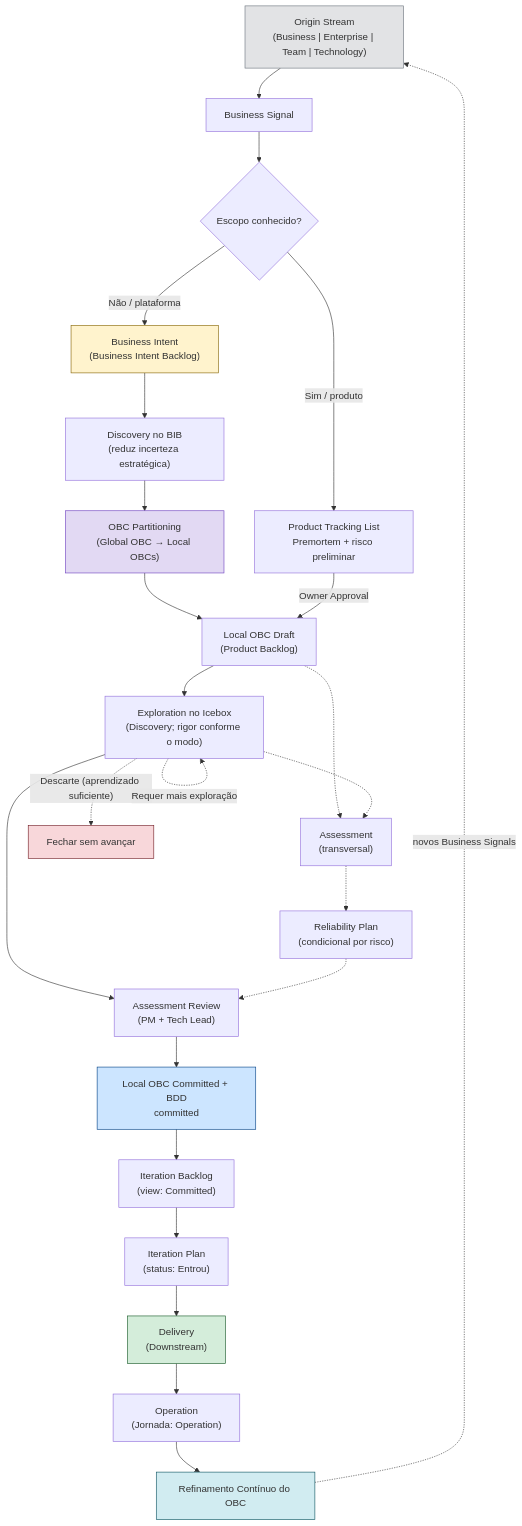
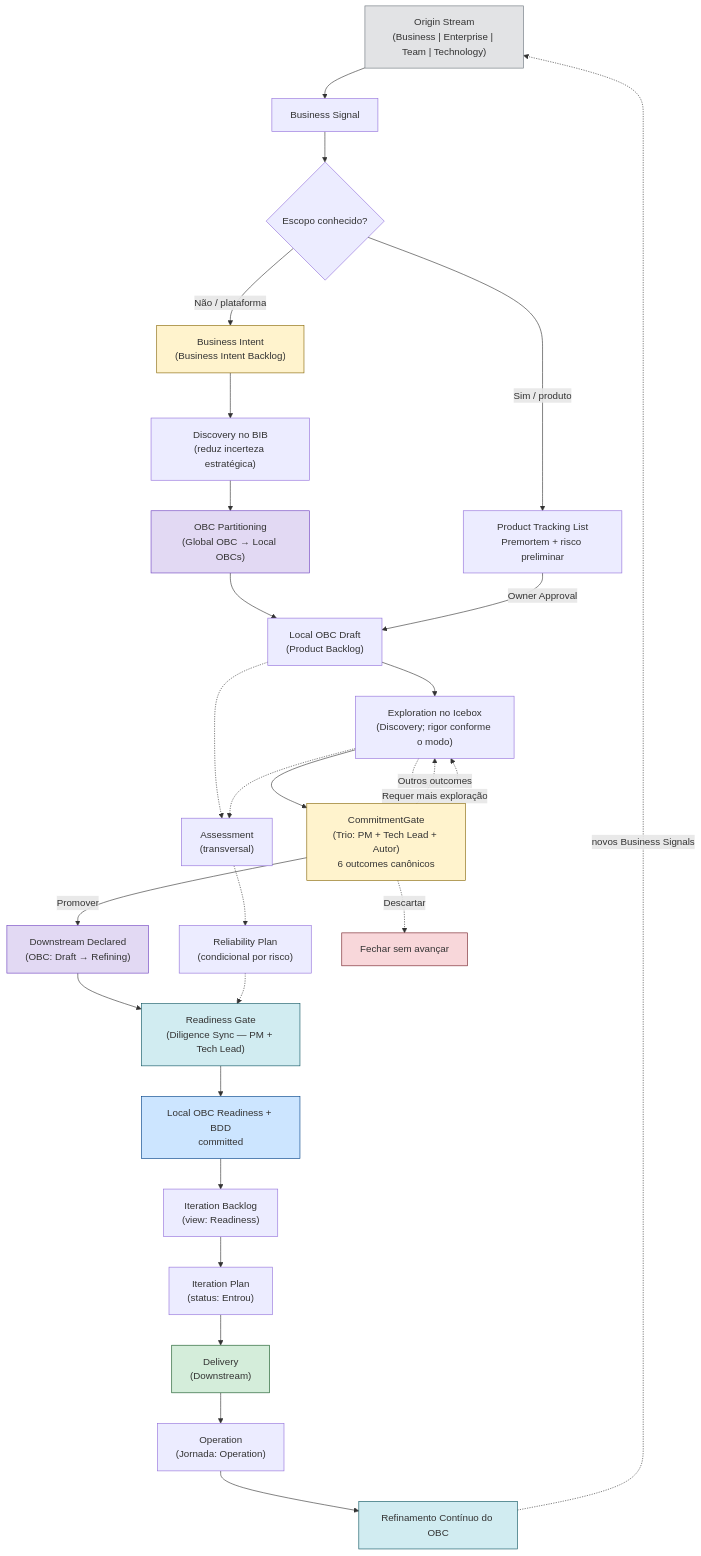
The diagram in prodops/framework/flow.md (produtoreativo/spire), drawn with Mermaid before and after one commit. The commit also changed other lines of this file and 562 other files, not shown here.

````diff
--- a/prodops/framework/flow.md
+++ b/prodops/framework/flow.md
@@ -19,53 +19,62 @@
 ```mermaid
 flowchart TD
     OS["Origin Stream\n(Business | Enterprise | Team | Technology)"]
     I["Business Signal"]
     CHOICE{"Escopo conhecido?"}
     RTL["Product Tracking List\nPremortem + risco preliminar"]
     GBIB["Business Intent\n(Business Intent Backlog)"]
     EX1["Discovery no BIB\n(reduz incerteza estratégica)"]
     PART["OBC Partitioning\n(Global OBC → Local OBCs)"]
     LPIB["Local OBC Draft\n(Product Backlog)"]
     EX2["Exploration no Icebox\n(Discovery; rigor conforme o modo)"]
     AS["Assessment\n(transversal)"]
     RP["Reliability Plan\n(condicional por risco)"]
-    REV["Assessment Review\n(PM + Tech Lead)"]
-    OBC["Local OBC Committed + BDD\ncommitted"]
+    CG["CommitmentGate\n(Trio: PM + Tech Lead + Autor)\n6 outcomes canônicos"]
+    DD["Downstream Declared\n(OBC: Draft → Refining)"]
+    RG["Readiness Gate\n(Diligence Sync — PM + Tech Lead)"]
+    OBC["Local OBC Readiness + BDD\ncommitted"]
     IP["Iteration Plan\n(status: Entrou)"]
     D["Delivery\n(Downstream)"]
     OP["Operation\n(Jornada: Operation)"]
     REF["Refinamento Contínuo do OBC"]
 
     OS --> I
     I --> CHOICE
     CHOICE -->|"Não / plataforma"| GBIB
     CHOICE -->|"Sim / produto"| RTL
     GBIB --> EX1
     EX1 --> PART
     PART --> LPIB
     RTL -->|"Owner Approval"| LPIB
     LPIB --> EX2
-    EX2 --> REV
+    EX2 --> CG
+    CG -->|"Promover"| DD
+    CG -.->|"Outros outcomes"| EX2
+    DD --> RG
     LPIB -.-> AS
     EX2 -.-> AS
     AS -.-> RP
-    RP -.-> REV
-    REV --> OBC
-    OBC --> IB["Iteration Backlog\n(view: Committed)"]
+    RP -.-> RG
+    RG --> OBC
+    OBC --> IB["Iteration Backlog\n(view: Readiness)"]
     IB --> IP
     IP --> D
     D --> OP
     OP --> REF
     REF -.->|"novos Business Signals"| OS
 
-    EX2 -.->|"Descarte (aprendizado suficiente)"| X[Fechar sem avançar]
+    CG -.->|"Descartar"| X[Fechar sem avançar]
     EX2 -.->|"Requer mais exploração"| EX2
+
+    style CG fill:#fff3cd,stroke:#856404
+    style DD fill:#e2d9f3,stroke:#6f42c1
+    style RG fill:#d1ecf1,stroke:#0c5460
 
     style OS fill:#e2e3e5,stroke:#6c757d
     style GBIB fill:#fff3cd,stroke:#856404
     style PART fill:#e2d9f3,stroke:#6f42c1
     style OBC fill:#cce5ff,stroke:#004085
     style D fill:#d4edda,stroke:#155724
     style X fill:#f8d7da,stroke:#721c24
     style REF fill:#d1ecf1,stroke:#0c5460
 ```
````
